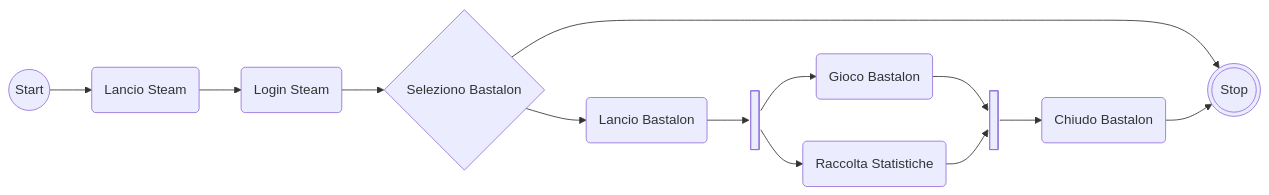
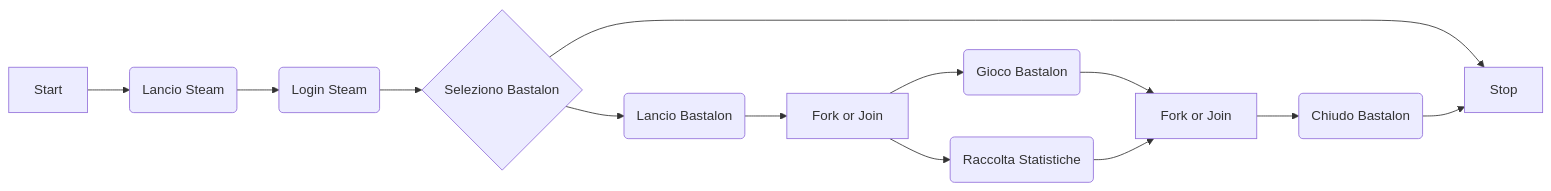
One commit to Franziska02/Bastalon changed the diagram in docs/Diagramma_delle_attività.md. Above: the diagram before and after it, drawn with Mermaid. The commit also changed other lines of this file, not shown here.

```diff
--- a/docs/Diagramma_delle_attività.md
+++ b/docs/Diagramma_delle_attività.md
@@ -5,15 +13,15 @@
-<pre class="mermaid">
-    graph LR
-    A@{ shape: circle, label: "Start" } --> B(Lancio Steam)
-	B --> C(Login Steam)
-	C --> D{Seleziono Bastalon}
-	D --> E(Lancio Bastalon)
-	D --> F@{ shape: dbl-circ, label: "Stop" }
-	E --> G@{ shape: fork, label: "Fork or Join" }
-	G --> H(Gioco Bastalon)
-	G --> I(Raccolta Statistiche)
-	H --> L@{ shape: fork, label: "Fork or Join" }
-	I --> L
-	L --> M(Chiudo Bastalon)
-	M --> F
-               </pre>
+    <pre class="mermaid">
+        graph LR
+        A[Start] --> B(Lancio Steam)
+        B --> C(Login Steam)
+        C --> D{Seleziono Bastalon}
+        D --> E(Lancio Bastalon)
+        D --> F[Stop]
+        E --> G[Fork or Join]
+        G --> H(Gioco Bastalon)
+        G --> I(Raccolta Statistiche)
+        H --> L[Fork or Join]
+        I --> L
+        L --> M(Chiudo Bastalon)
+        M --> F
+    </pre>
```
